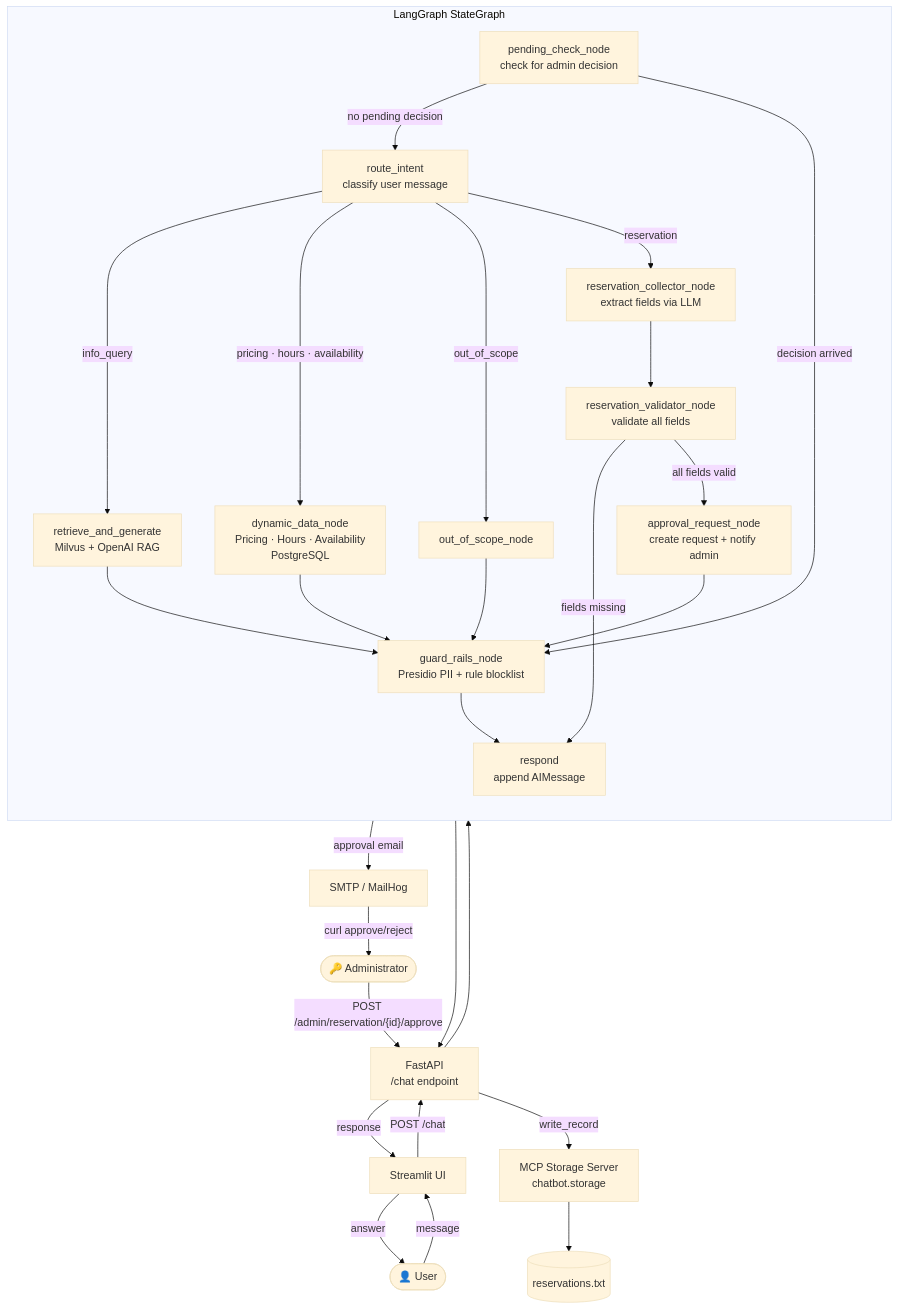
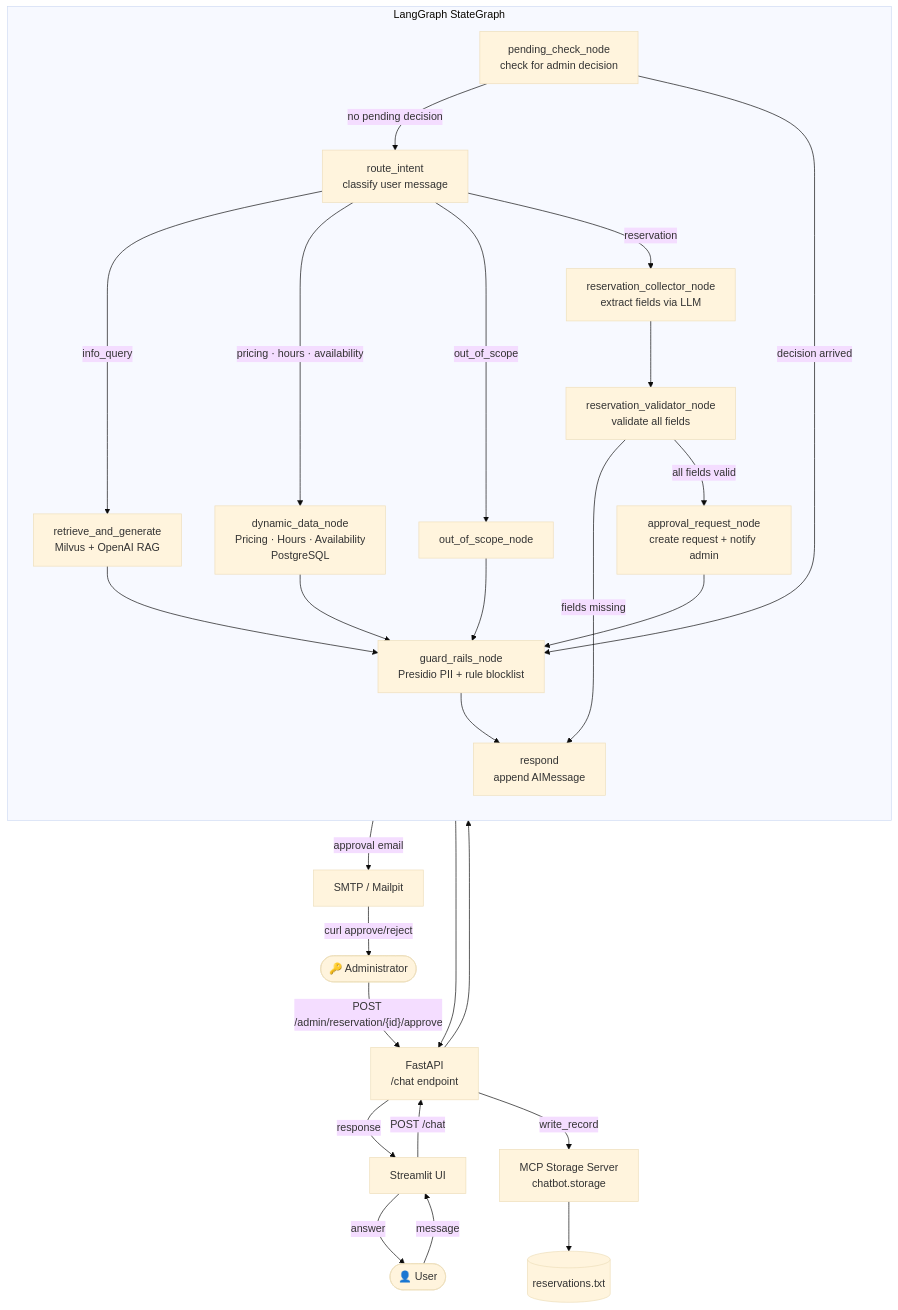
One commit to mordanov/ai_solutions_chatbot changed the diagram in README.md. Above: the diagram before and after it, drawn with Mermaid (base theme). The commit also changed other lines of this file and 12 other files, not shown here.

````diff
--- a/README.md
+++ b/README.md
@@ -8,39 +13,39 @@
 ```mermaid
 flowchart TD
     User(["👤 User"])
     UI["Streamlit UI"]
     API["FastAPI\n/chat endpoint"]
     Admin(["🔑 Administrator"])
-    SMTP["SMTP / MailHog"]
+    SMTP["SMTP / Mailpit"]
     MCP["MCP Storage Server\nchatbot.storage"]
     File[("reservations.txt")]
 
     subgraph LangGraph ["LangGraph StateGraph"]
         direction TB
         PC["pending_check_node\ncheck for admin decision"]
         RI["route_intent\nclassify user message"]
         RAG["retrieve_and_generate\nMilvus + OpenAI RAG"]
         DYN["dynamic_data_node\nPricing · Hours · Availability\nPostgreSQL"]
         OOS["out_of_scope_node"]
         RC["reservation_collector_node\nextract fields via LLM"]
         RV["reservation_validator_node\nvalidate all fields"]
         AR["approval_request_node\ncreate request + notify admin"]
         GR["guard_rails_node\nPresidio PII + rule blocklist"]
         RSP["respond\nappend AIMessage"]
     end
 
     User -->|message| UI -->|POST /chat| API --> PC
     PC -->|no pending decision| RI
     PC -->|decision arrived| GR
     RI -->|info_query| RAG --> GR
     RI -->|pricing · hours · availability| DYN --> GR
     RI -->|out_of_scope| OOS --> GR
     RI -->|reservation| RC --> RV
     RV -->|fields missing| RSP
     RV -->|all fields valid| AR --> GR
     GR --> RSP --> API -->|response| UI -->|answer| User
 
     AR -->|approval email| SMTP -->|curl approve/reject| Admin
     Admin -->|"POST /admin/reservation/{id}/approve"| API
     API -->|write_record| MCP --> File
 ```
````
